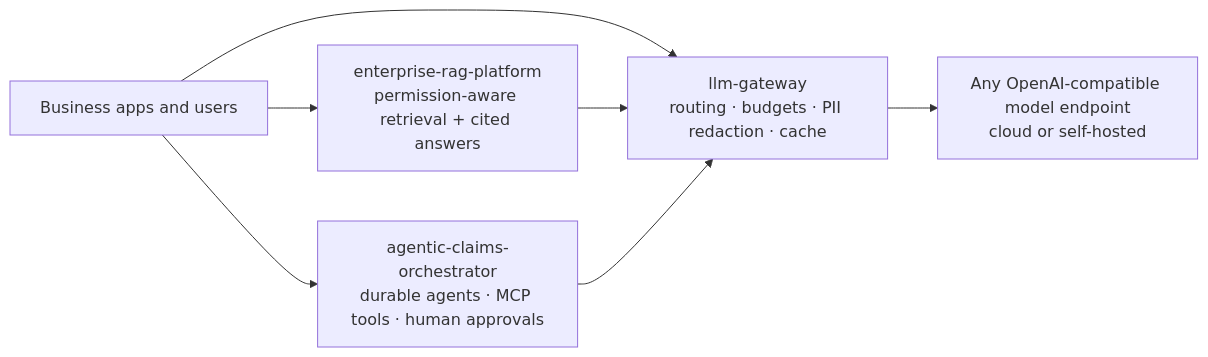
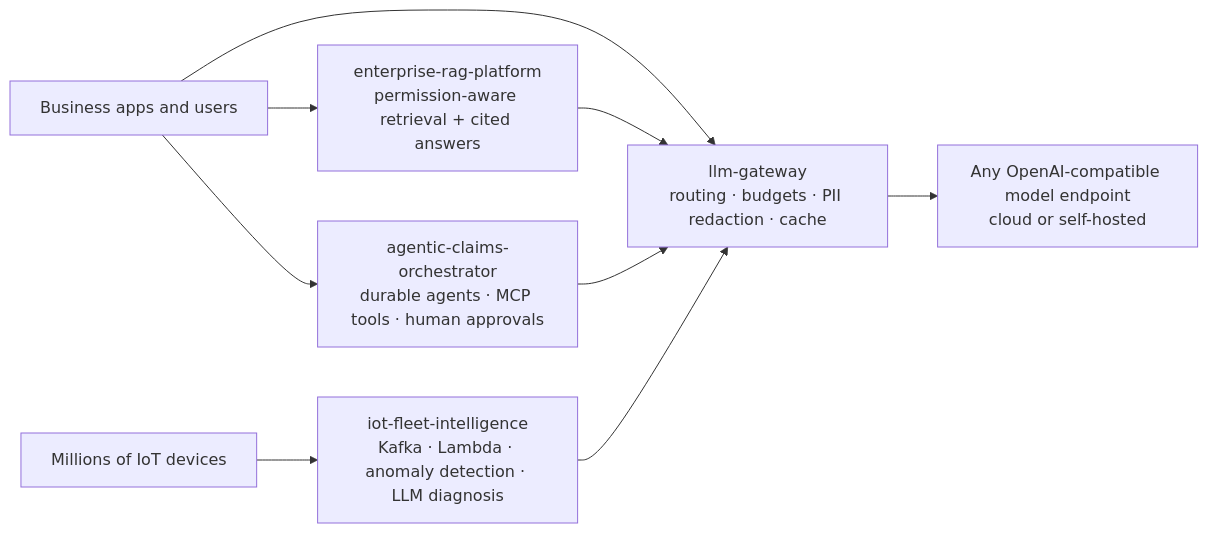
One commit to oscar-rolando-alvarez/portfolio changed the first of 2 diagrams in README.md. Above: the diagram before and after it, drawn with Mermaid. The commit also changed other lines of this file and 1 other file, not shown here.

First line of the commit message:
docs: add iot-fleet-intelligence to the root README and Dependabot (#51)

````diff
--- a/README.md
+++ b/README.md
@@ -18,9 +19,11 @@
 ```mermaid
 flowchart LR
     users["Business apps and users"] --> gw["llm-gateway<br/>routing · budgets · PII redaction · cache"]
     rag["enterprise-rag-platform<br/>permission-aware retrieval + cited answers"] --> gw
     agents["agentic-claims-orchestrator<br/>durable agents · MCP tools · human approvals"] --> gw
+    devices["Millions of IoT devices"] --> iot["iot-fleet-intelligence<br/>Kafka · Lambda · anomaly detection · LLM diagnosis"]
+    iot --> gw
     users --> rag
     users --> agents
     gw --> models["Any OpenAI-compatible model endpoint<br/>cloud or self-hosted"]
 ```
````
